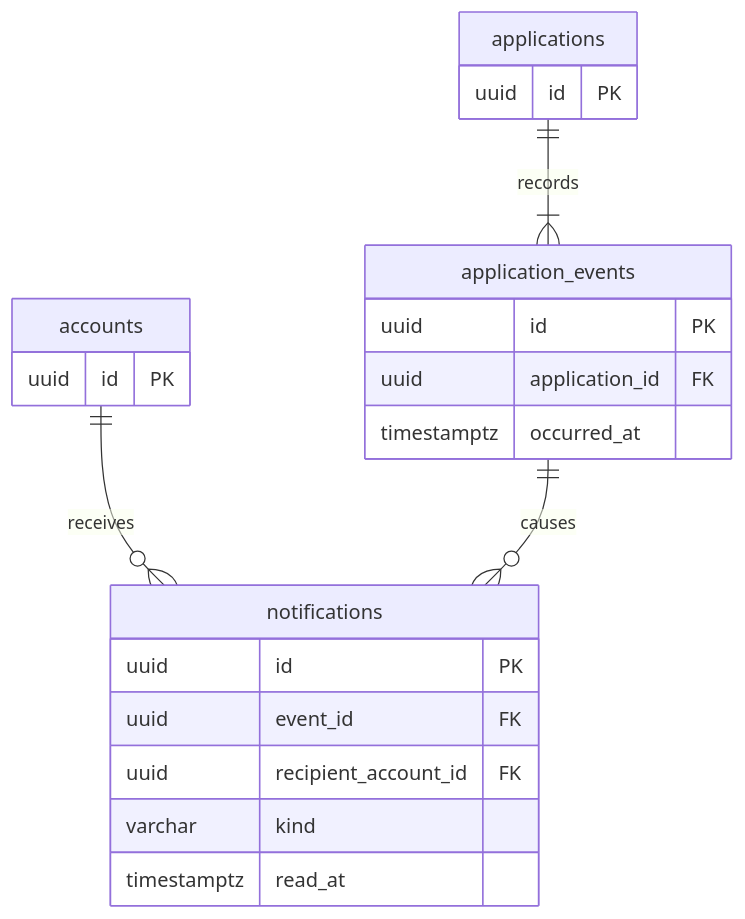
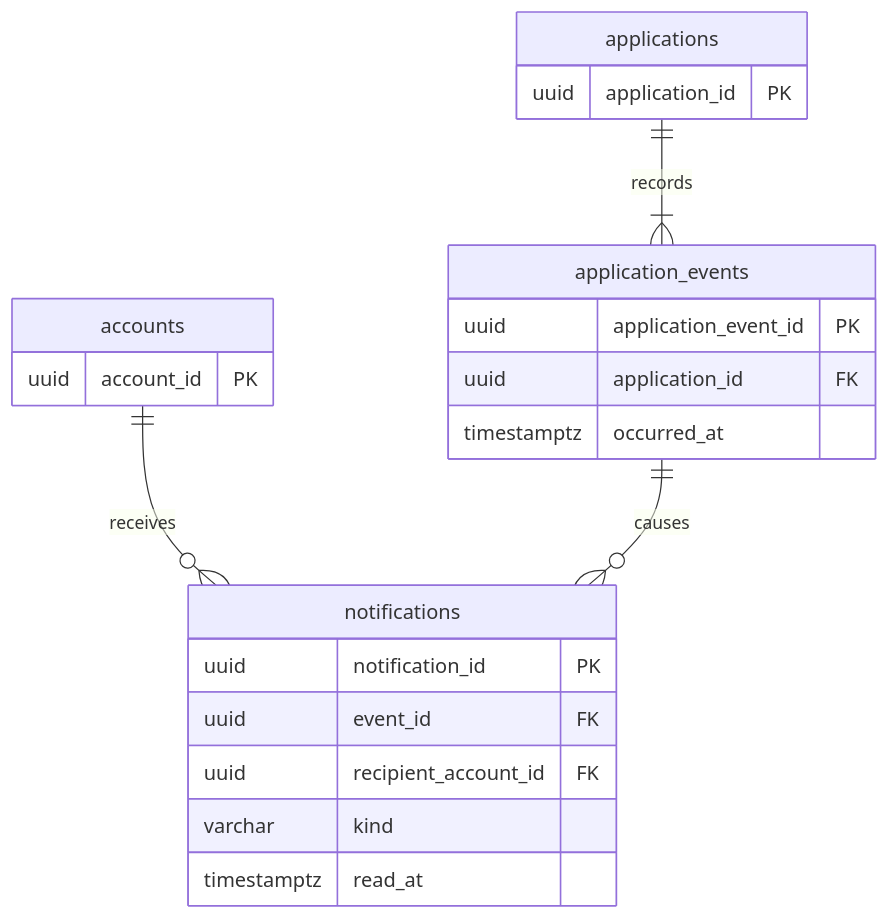
Before and after one commit to wejo-team/sku-dreamon: the diagram in docs/database/notifications.md, drawn with Mermaid. The commit also changed other lines of this file and 16 other files, not shown here.

````diff
--- a/docs/database/notifications.md
+++ b/docs/database/notifications.md
@@ -12,24 +12,24 @@
 ```mermaid
 erDiagram
     accounts ||--o{ notifications : receives
     applications ||--|{ application_events : records
     application_events ||--o{ notifications : causes
     accounts {
-        uuid id PK
+        uuid account_id PK
     }
     applications {
-        uuid id PK
+        uuid application_id PK
     }
     application_events {
-        uuid id PK
+        uuid application_event_id PK
         uuid application_id FK
         timestamptz occurred_at
     }
     notifications {
-        uuid id PK
+        uuid notification_id PK
         uuid event_id FK
         uuid recipient_account_id FK
         varchar kind
         timestamptz read_at
     }
 ```
````
